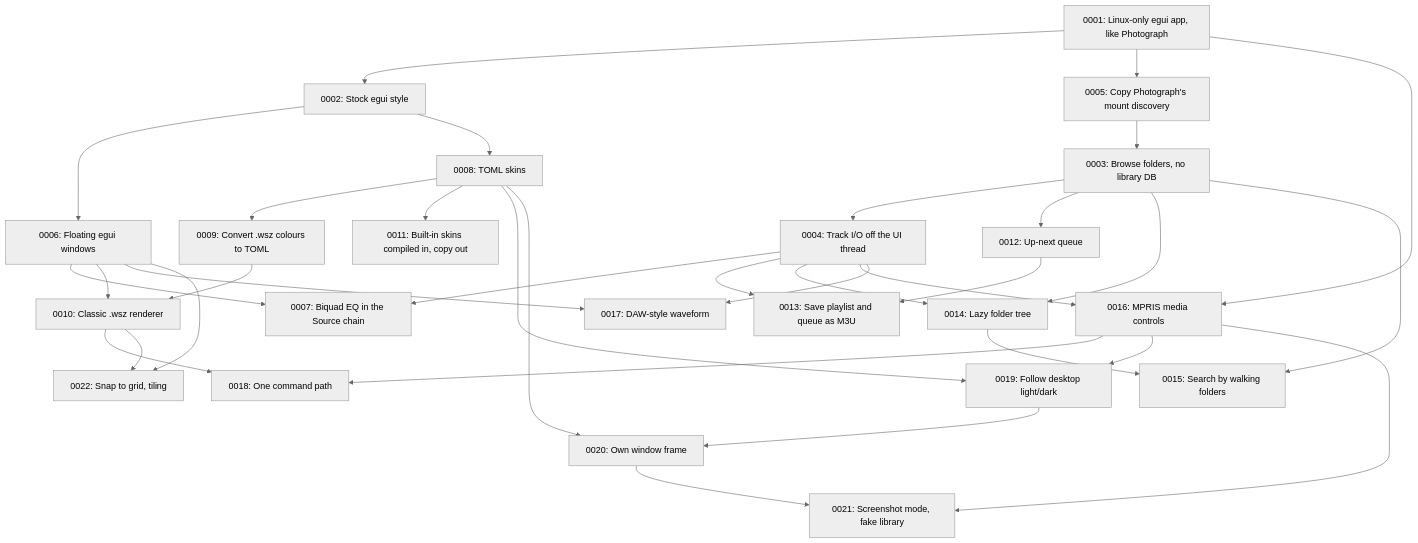
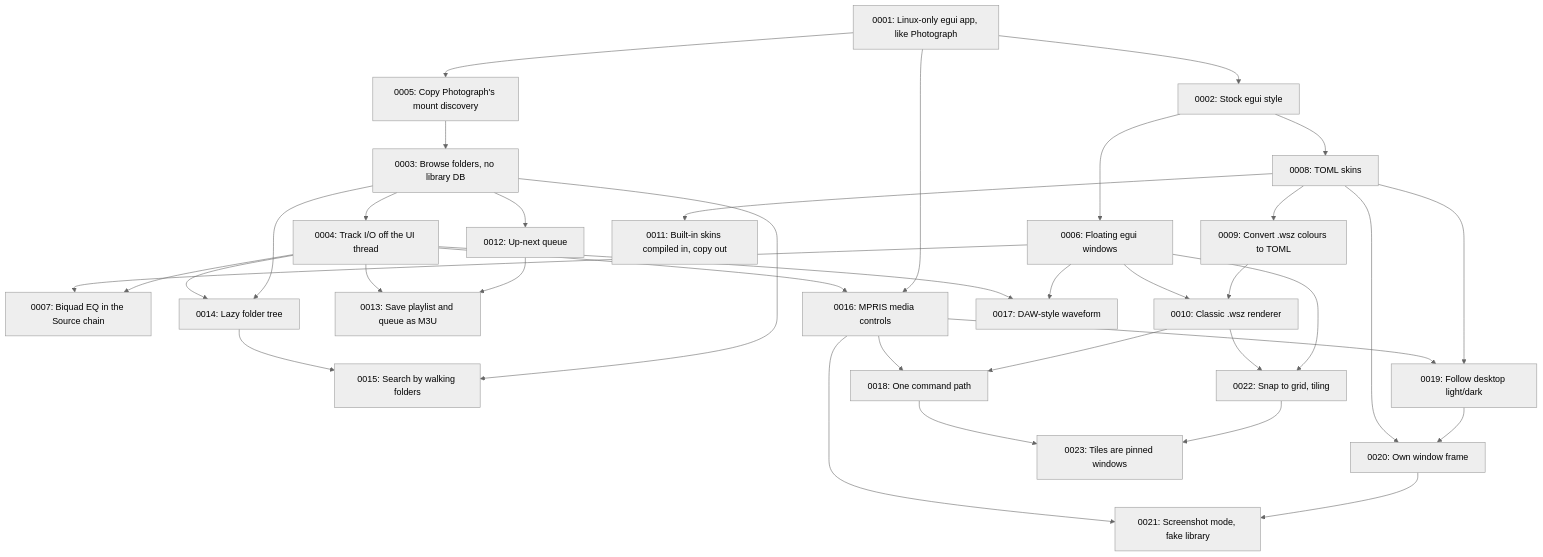
The diagram in docs/adr/README.md (divanvisagie/UnAmp), drawn with Mermaid (neutral theme) before and after one commit. The commit also changed other lines of this file and 6 other files, not shown here.

First line of the commit message:
Tile with the real windows, pinned in place; tiled by default

````diff
--- a/docs/adr/README.md
+++ b/docs/adr/README.md
@@ -68,36 +69,38 @@
 ```mermaid
 flowchart TD
     A[0001: Linux-only egui app, like Photograph] --> B[0002: Stock egui style]
     A --> E[0005: Copy Photograph's mount discovery]
     C[0003: Browse folders, no library DB] --> D[0004: Track I/O off the UI thread]
     E --> C
     B --> F[0006: Floating egui windows]
     D --> G[0007: Biquad EQ in the Source chain]
     F --> G
     B --> H[0008: TOML skins]
     H --> I[0009: Convert .wsz colours to TOML]
     I --> J[0010: Classic .wsz renderer]
     F --> J
     H --> K[0011: Built-in skins compiled in, copy out]
     C --> L[0012: Up-next queue]
     L --> M[0013: Save playlist and queue as M3U]
     D --> M
     C --> N[0014: Lazy folder tree]
     D --> N
     C --> O[0015: Search by walking folders]
     N --> O
     A --> P[0016: MPRIS media controls]
     D --> P
     F --> Q[0017: DAW-style waveform]
     D --> Q
     J --> R[0018: One command path]
     P --> R
     H --> S[0019: Follow desktop light/dark]
     P --> S
     S --> T[0020: Own window frame]
     H --> T
     T --> U[0021: Screenshot mode, fake library]
     P --> U
     F --> V[0022: Snap to grid, tiling]
     J --> V
+    V --> W[0023: Tiles are pinned windows]
+    R --> W
 ```
````
